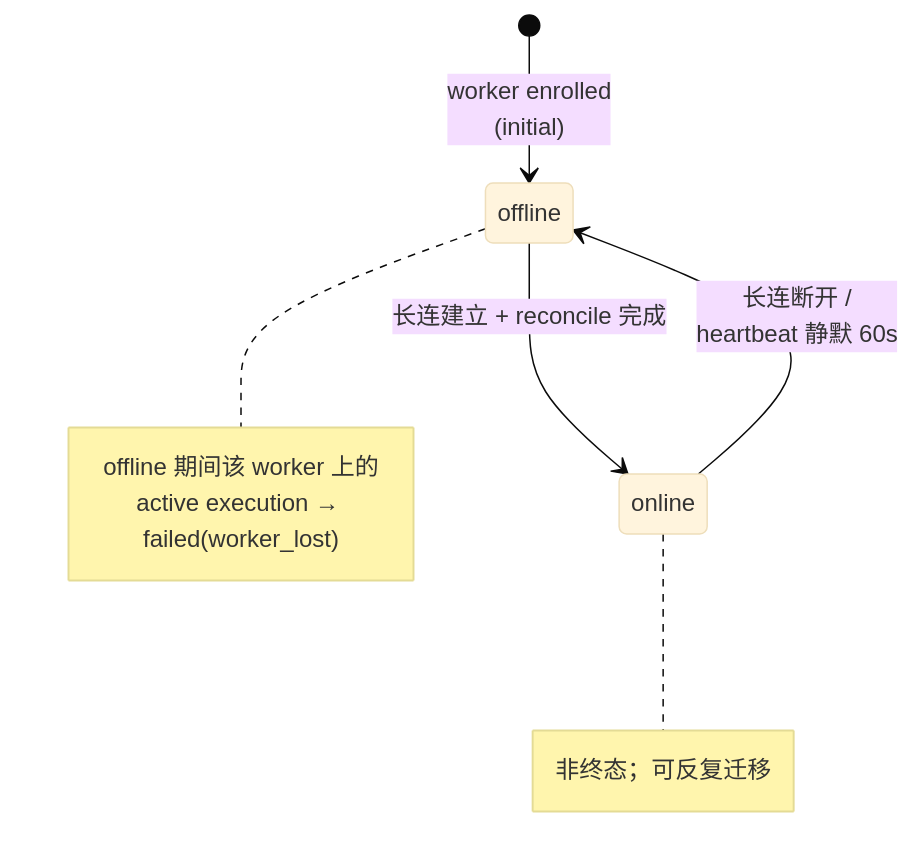
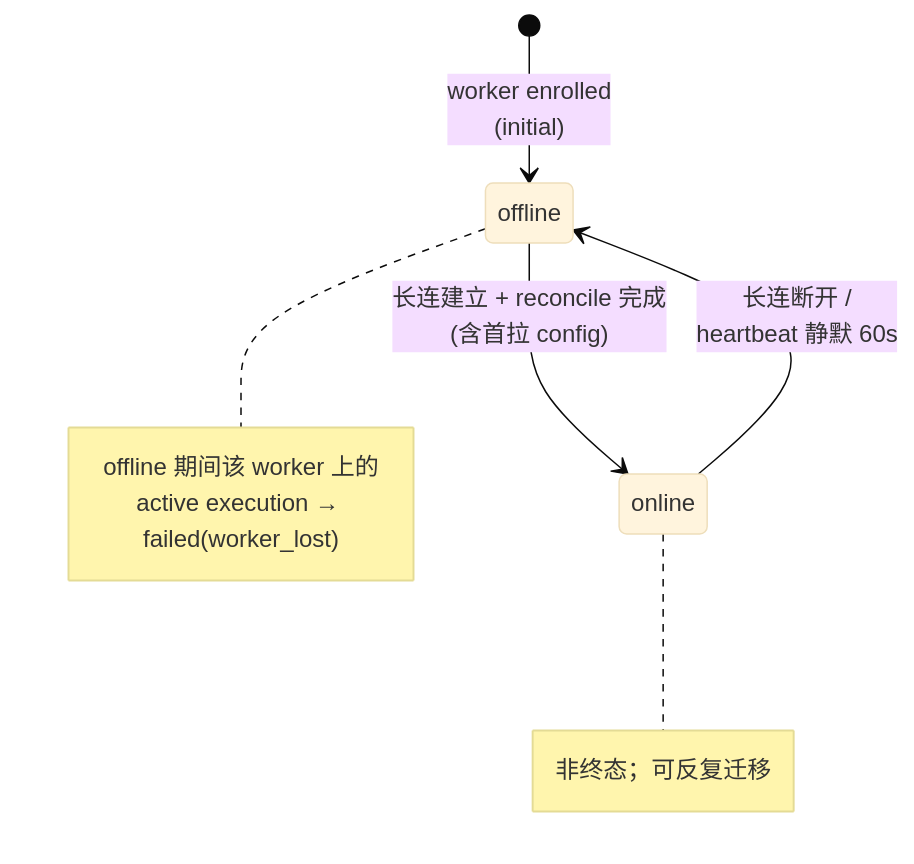
Before and after one commit to oopslink/agent-center: the diagram in docs/design/architecture/tactical/workforce/01-worker.md, drawn with Mermaid (base theme). The commit also changed other lines of this file and 6 other files, not shown here.

First line of the commit message:
docs(v2): E1 Worker enroll 轻量化 ADR + 同步文档；E2 移入 roadmap

````diff
--- a/docs/design/architecture/tactical/workforce/01-worker.md
+++ b/docs/design/architecture/tactical/workforce/01-worker.md
@@ -13,12 +14,12 @@
 ```mermaid
 stateDiagram-v2
     [*] --> offline: worker enrolled<br/>(initial)
-    offline --> online: 长连建立 + reconcile 完成
+    offline --> online: 长连建立 + reconcile 完成<br/>(含首拉 config)
     online --> offline: 长连断开 /<br/>heartbeat 静默 60s
     note right of online
         非终态；可反复迁移
     end note
     note right of offline
         offline 期间该 worker 上的<br/>active execution → failed(worker_lost)
     end note
 ```
````
